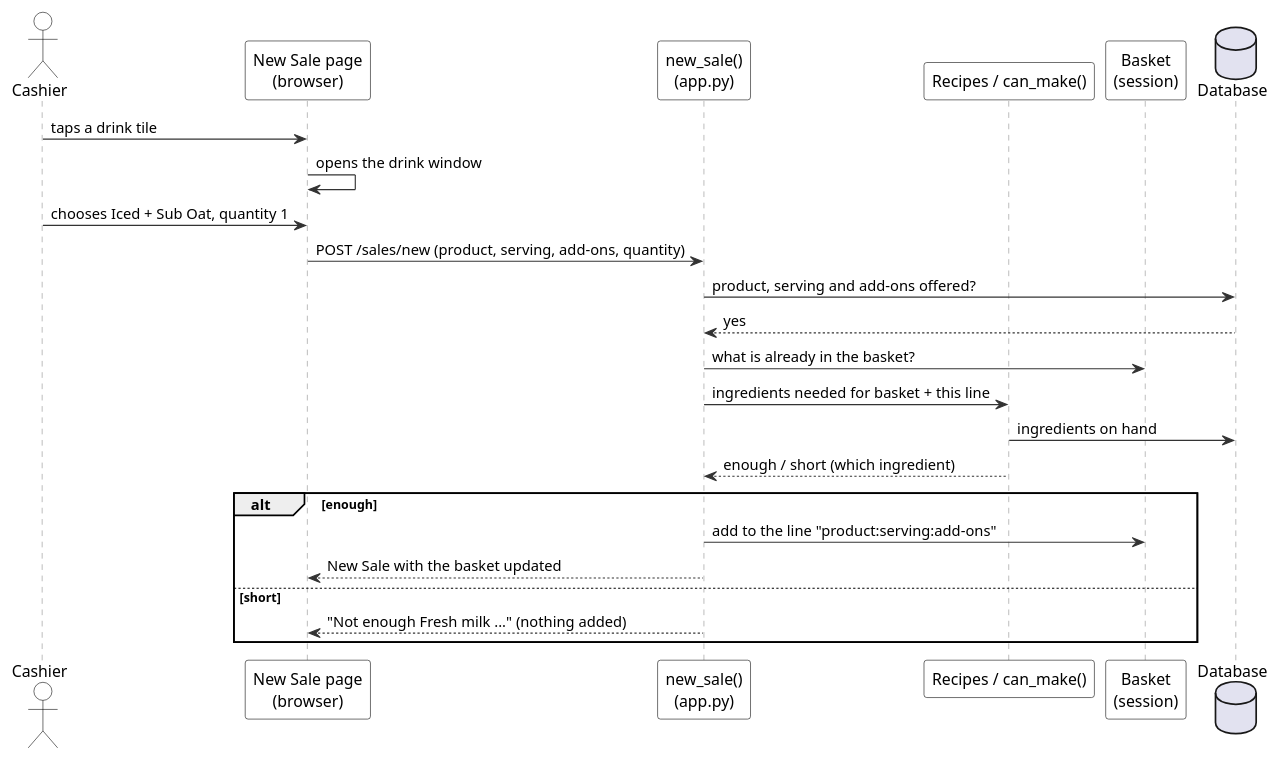
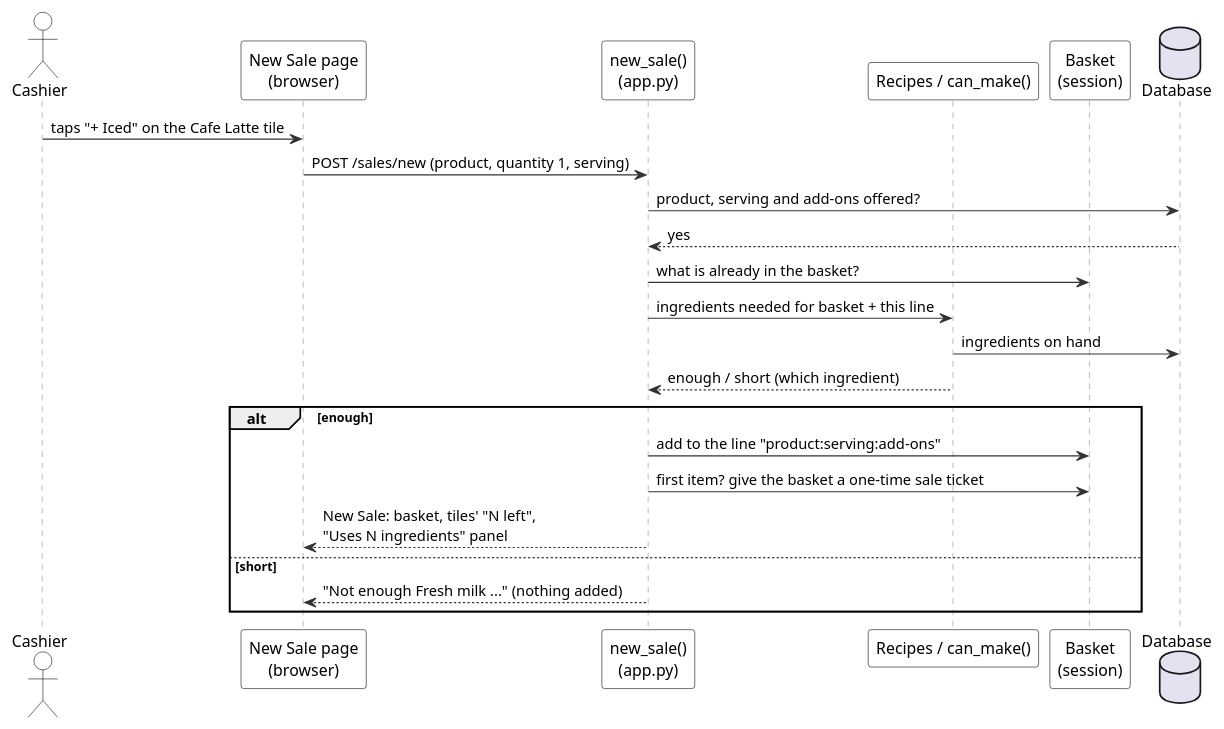
The diagram in diagrams/uml/17_seq_add_to_basket.puml (JmlAsync/inventory-pos-system), drawn with PlantUML before and after one commit. The commit also changed 79 other files, not shown here.

First line of the commit message:
Docs: diagrams redrawn for v0.20.4

```diff
--- a/diagrams/uml/17_seq_add_to_basket.puml
+++ b/diagrams/uml/17_seq_add_to_basket.puml
@@ -1,64 +1,63 @@
 @startuml
-' Sequence: add a drink to the basket - Inventory & POS System v0.18.2 (report, Lecture 5)
+' Sequence: add a drink to the basket - Inventory & POS System v0.20.4 (report, Lecture 5; redrawn 2026-10-12)
 ' Edit: paste into draw.io (Arrange > Insert > Advanced > PlantUML) or planttext.com
 skinparam defaultFontName Arial
 skinparam shadowing false
 skinparam ArrowColor #333333
 skinparam rectangle {
   BackgroundColor White
   BorderColor Black
 }
 skinparam usecase {
   BackgroundColor White
   BorderColor Black
 }
 skinparam class {
   BackgroundColor White
   BorderColor Black
   HeaderBackgroundColor #E6F1EE
 }
 skinparam activity {
   BackgroundColor White
   BorderColor Black
 }
 skinparam state {
   BackgroundColor White
   BorderColor Black
 }
 skinparam sequence {
   ParticipantBackgroundColor White
   ParticipantBorderColor Black
   LifeLineBorderColor #888888
   ActorBorderColor Black
   ActorBackgroundColor White
 }
 skinparam note {
   BackgroundColor #FFFBEA
   BorderColor #C9B458
 }
 skinparam swimlaneWidth same
 hide circle
 
 actor Cashier
 participant "New Sale page\n(browser)" as UI
 participant "new_sale()\n(app.py)" as C
 participant "Recipes / can_make()" as R
 participant "Basket\n(session)" as S
 database "Database" as DB
-Cashier -> UI : taps a drink tile
-UI -> UI : opens the drink window
-Cashier -> UI : chooses Iced + Sub Oat, quantity 1
-UI -> C : POST /sales/new (product, serving, add-ons, quantity)
+Cashier -> UI : taps "+ Iced" on the Cafe Latte tile
+UI -> C : POST /sales/new (product, quantity 1, serving)
 C -> DB : product, serving and add-ons offered?
 DB --> C : yes
 C -> S : what is already in the basket?
 C -> R : ingredients needed for basket + this line
 R -> DB : ingredients on hand
 R --> C : enough / short (which ingredient)
 alt enough
   C -> S : add to the line "product:serving:add-ons"
-  C --> UI : New Sale with the basket updated
+  C -> S : first item? give the basket a one-time sale ticket
+  C --> UI : New Sale: basket, tiles' "N left",\n"Uses N ingredients" panel
 else short
   C --> UI : "Not enough Fresh milk ..." (nothing added)
 end
 @enduml
```
